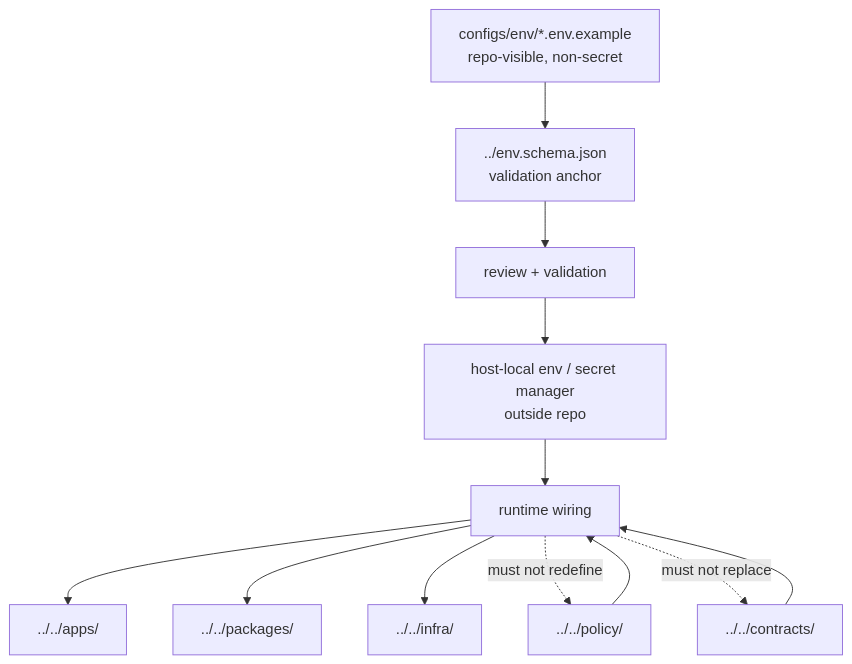
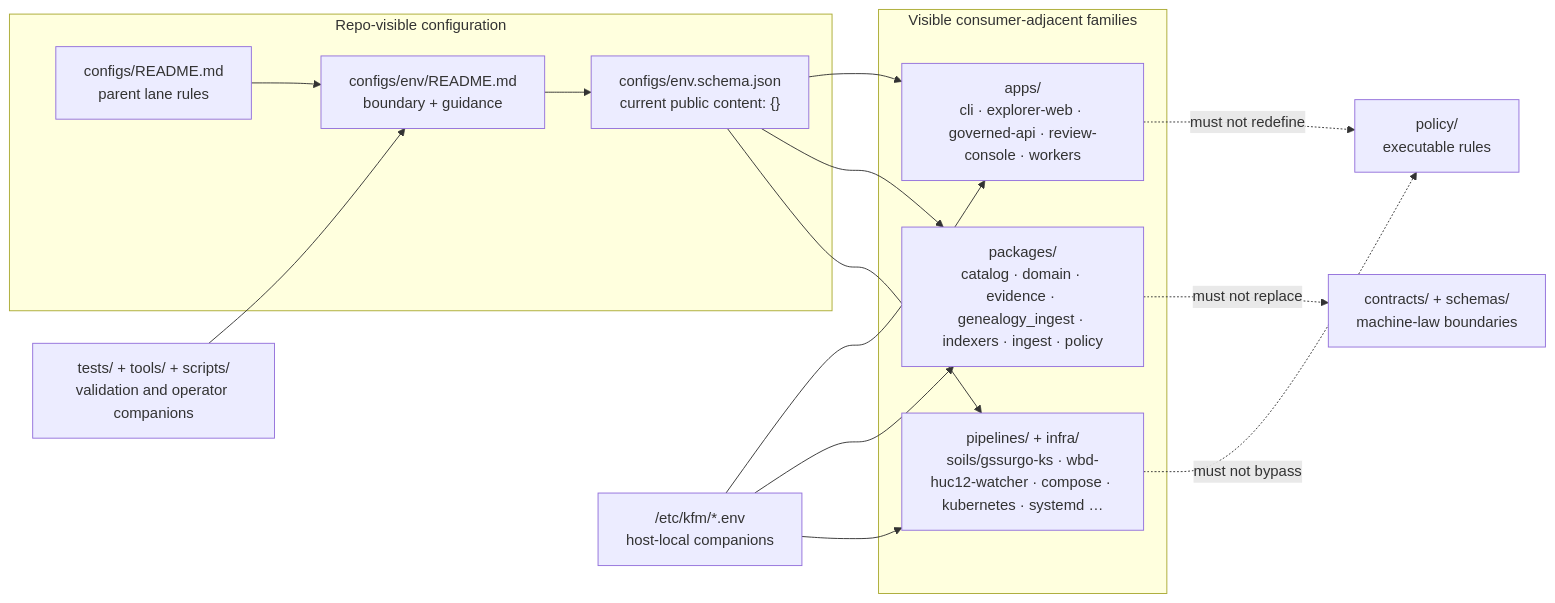
Before and after one commit to bartytime4life/Kansas-Frontier-Matrix: the diagram in configs/env/README.md, drawn with Mermaid. The commit also changed other lines of this file, not shown here.

````diff
--- a/configs/env/README.md
+++ b/configs/env/README.md
@@ -200,18 +303,33 @@
 ```mermaid
-flowchart TD
-    A["configs/env/*.env.example<br/>repo-visible, non-secret"] --> B["../env.schema.json<br/>validation anchor"]
-    B --> C["review + validation"]
+flowchart LR
+    subgraph Repo["Repo-visible configuration"]
+        R["configs/env/README.md<br/>boundary + guidance"]
+        S["configs/env.schema.json<br/>current public content: {}"]
+        C["configs/README.md<br/>parent lane rules"]
+    end
 
-    C --> D["host-local env / secret manager<br/>outside repo"]
-    D --> E["runtime wiring"]
+    subgraph Consumers["Visible consumer-adjacent families"]
+        A["apps/<br/>cli · explorer-web · governed-api · review-console · workers"]
+        P["packages/<br/>catalog · domain · evidence · genealogy_ingest · indexers · ingest · policy"]
+        X["pipelines/ + infra/<br/>soils/gssurgo-ks · wbd-huc12-watcher · compose · kubernetes · systemd …"]
+    end
 
-    P["../../policy/"] --> E
-    K["../../contracts/"] --> E
+    V["tests/ + tools/ + scripts/<br/>validation and operator companions"]
+    H["/etc/kfm/*.env<br/>host-local companions"]
+    Pol["policy/<br/>executable rules"]
+    Con["contracts/ + schemas/<br/>machine-law boundaries"]
 
-    E --> AP["../../apps/"]
-    E --> PK["../../packages/"]
-    E --> IF["../../infra/"]
+    C --> R
+    R --> S
+    S --> A
+    S --> P
+    S --> X
+    H --> A
+    H --> P
+    H --> X
+    V --> R
 
-    E -. must not redefine .-> P
-    E -. must not replace .-> K
+    A -. must not redefine .-> Pol
+    P -. must not replace .-> Con
+    X -. must not bypass .-> Pol
 ```
````
